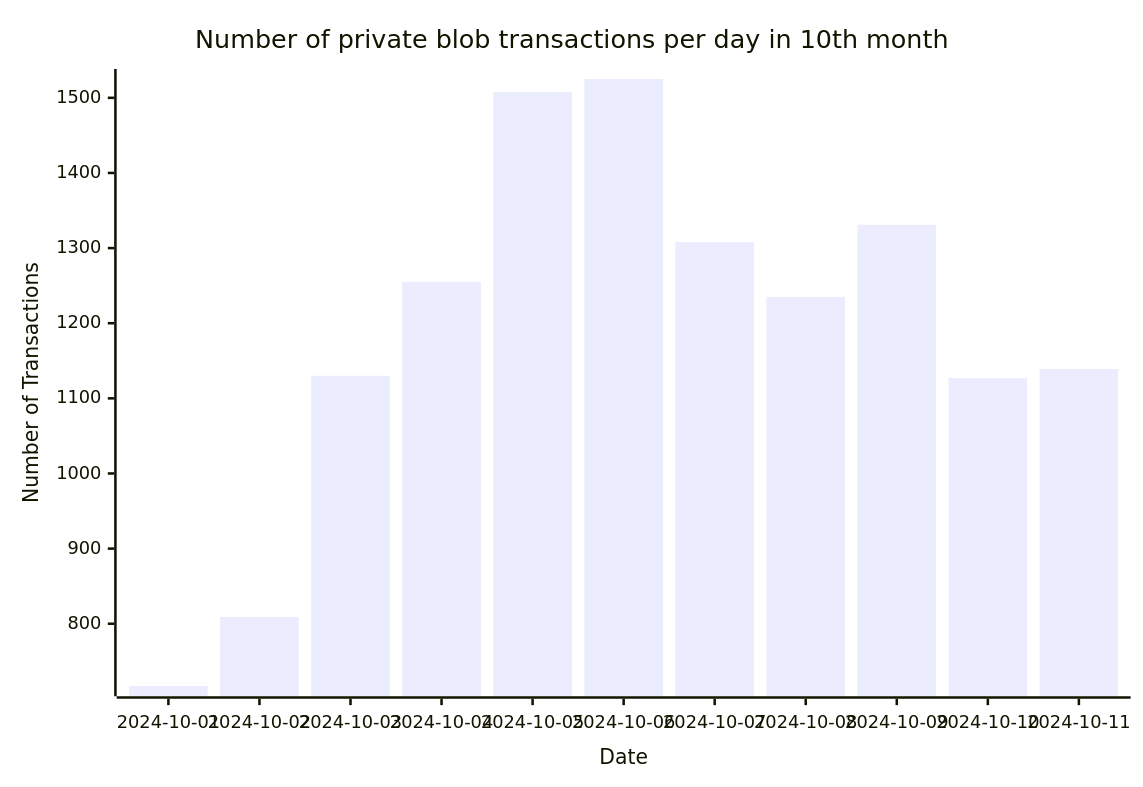
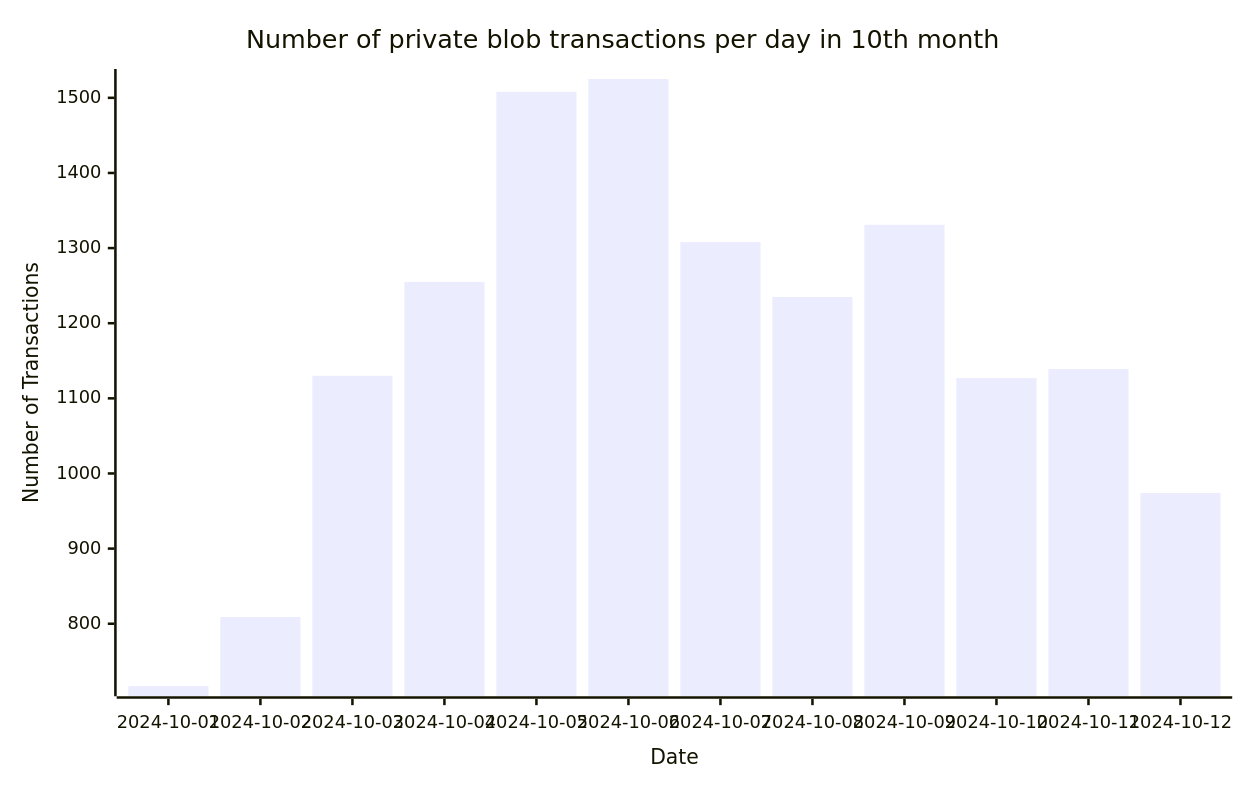
One commit to Amit0617/eip4844-data changed the eighth of 8 diagrams in README.md. Above: the diagram before and after it, drawn with Mermaid. The commit also changed 1 other file, not shown here.

````diff
--- a/README.md
+++ b/README.md
@@ -92,12 +92,12 @@
 ```mermaid
 ---
 config:
     xyChart:
-        width: 880
+        width: 960
         height: 600
 ---
 xychart-beta title "Number of private blob transactions per day in 10th month"
-x-axis "Date" [2024-10-01,2024-10-02,2024-10-03,2024-10-04,2024-10-05,2024-10-06,2024-10-07,2024-10-08,2024-10-09,2024-10-10,2024-10-11]
+x-axis "Date" [2024-10-01,2024-10-02,2024-10-03,2024-10-04,2024-10-05,2024-10-06,2024-10-07,2024-10-08,2024-10-09,2024-10-10,2024-10-11,2024-10-12]
 y-axis "Number of Transactions"
-bar[717,809,1130,1255,1508,1525,1308,1235,1331,1127,1139]
+bar[717,809,1130,1255,1508,1525,1308,1235,1331,1127,1139,974]
 ```
````
